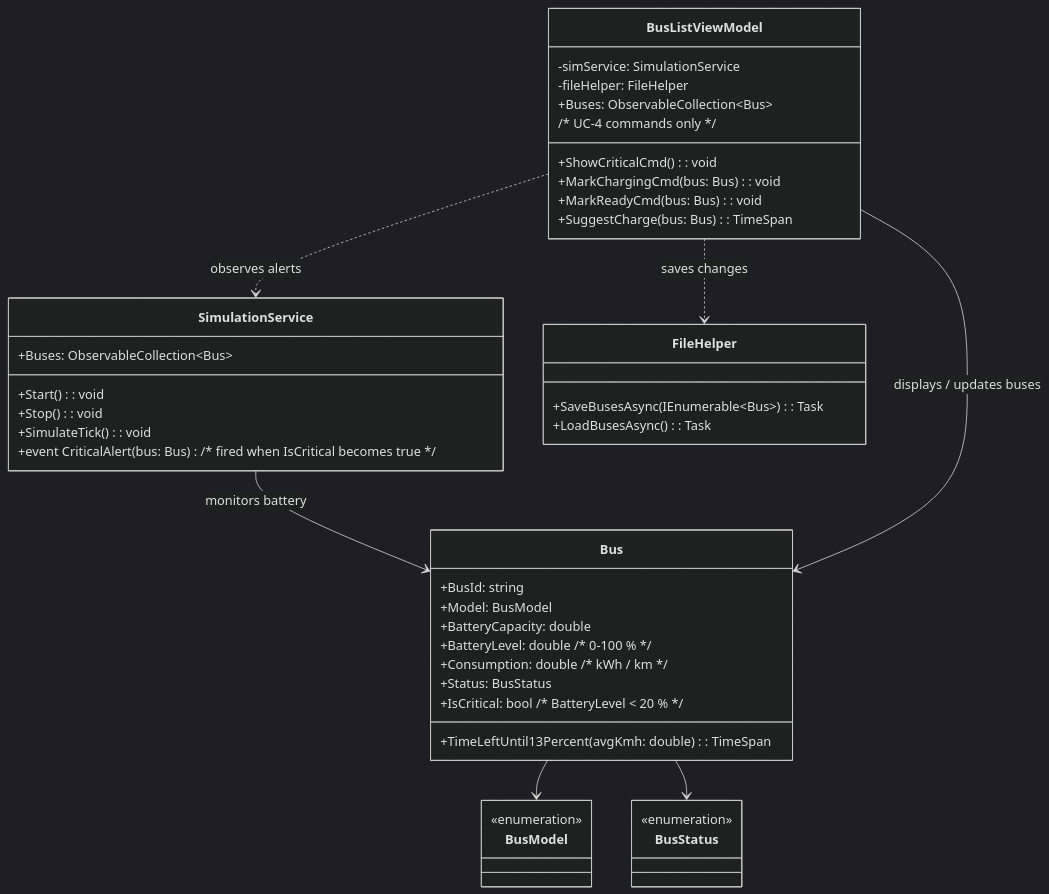
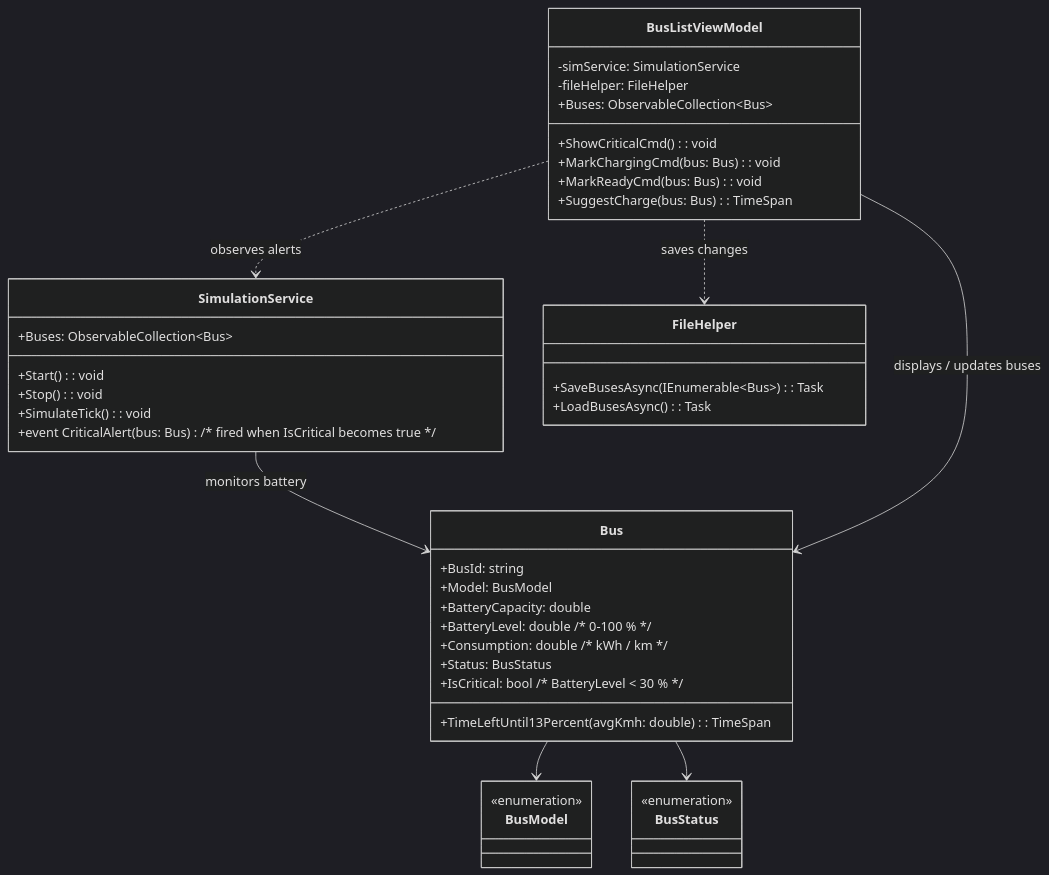
The diagram in Dokumentation/Iteration 2/Use Case 4/DCD.mmd (DMOof2025-Team-6/Getting-Real), drawn with Mermaid (dark theme) before and after one commit. The commit also changed 5 other files, not shown here.

```diff
--- a/Dokumentation/Iteration 2/Use Case 4/DCD.mmd
+++ b/Dokumentation/Iteration 2/Use Case 4/DCD.mmd
@@ -1,50 +1,50 @@
 classDiagram
 %% -------- DOMAIN --------
 class Bus {
     +BusId: string
     +Model: BusModel
     +BatteryCapacity: double
     +BatteryLevel: double          /* 0-100 % */
     +Consumption: double           /* kWh / km */
     +Status: BusStatus
-    +IsCritical: bool              /* BatteryLevel < 20 % */
+    +IsCritical: bool              /* BatteryLevel < 30 % */
     +TimeLeftUntil13Percent(avgKmh: double): TimeSpan
 }
 
 class BusModel   { <<enumeration>> }
 class BusStatus  { <<enumeration>> }
 Bus --> BusModel
 Bus --> BusStatus
 
 %% -------- SERVICE --------
 class SimulationService {
     +Buses: ObservableCollection~Bus~
     +Start(): void
     +Stop(): void
     +SimulateTick(): void
     +event CriticalAlert(bus: Bus)        /* fired when IsCritical becomes true */
 }
 SimulationService --> Bus                 : monitors battery
 
 %% -------- PERSISTENCE --------
 class FileHelper {
     +SaveBusesAsync(IEnumerable~Bus~): Task
     +LoadBusesAsync(): Task<List~Bus~>
 }
 
 %% -------- PRESENTATION (UC-4 specific) --------
 class BusListViewModel {
     -simService: SimulationService
     -fileHelper: FileHelper
     +Buses: ObservableCollection~Bus~
 
-    /* UC-4 commands only */
+    
     +ShowCriticalCmd(): void
     +MarkChargingCmd(bus: Bus): void
     +MarkReadyCmd(bus: Bus): void
     +SuggestCharge(bus: Bus): TimeSpan
 }
 
 BusListViewModel ..> SimulationService   : observes alerts
 BusListViewModel ..> FileHelper          : saves changes
 BusListViewModel --> Bus                 : displays / updates buses
```
